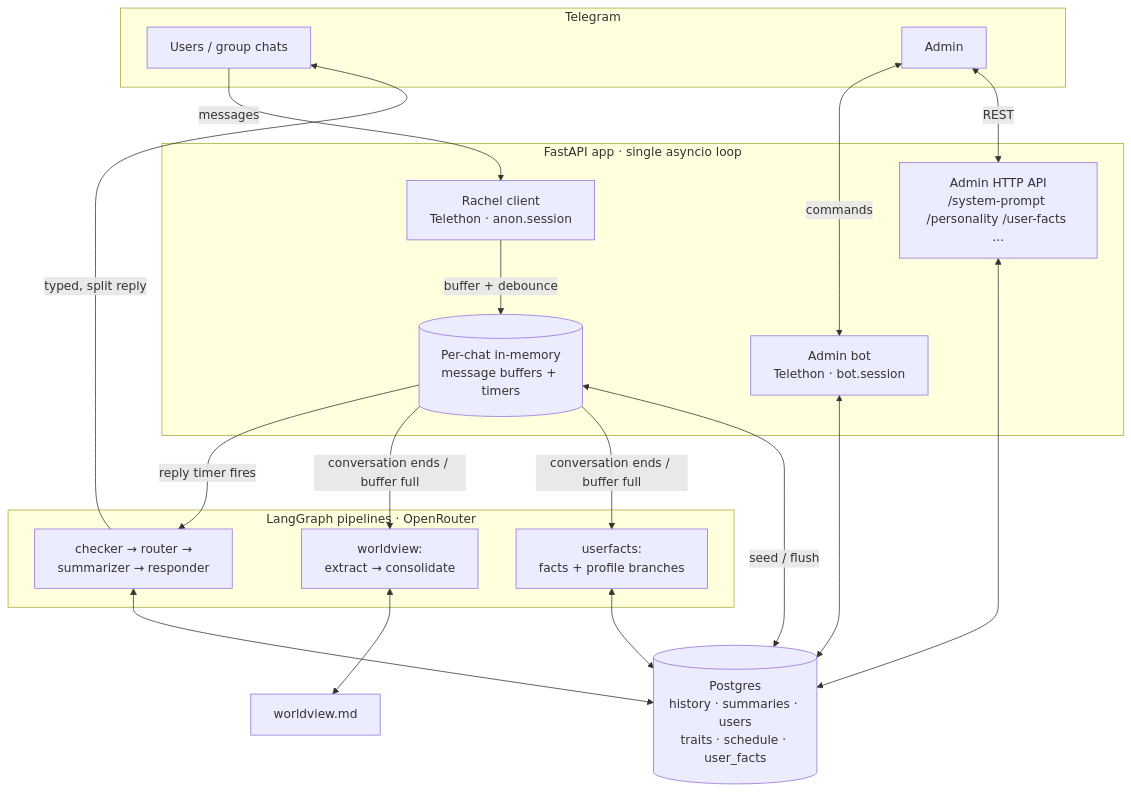
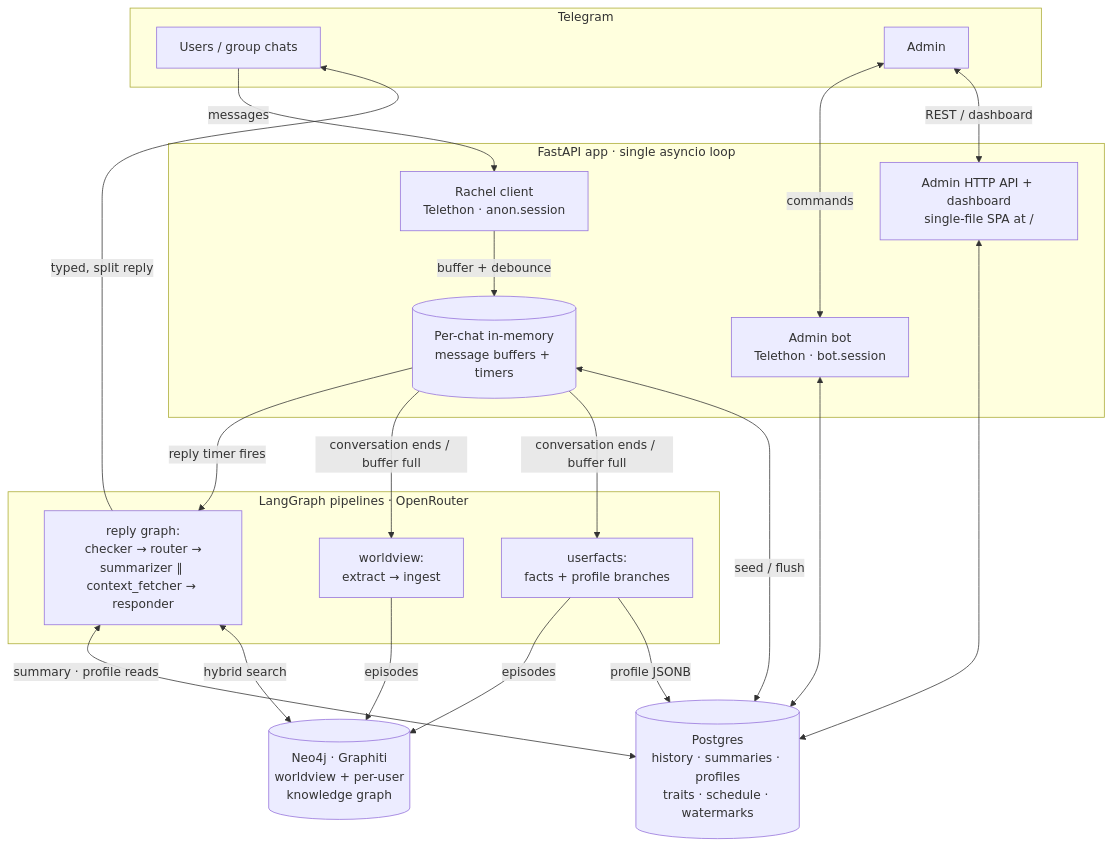
One commit to GeneralR3d/Rachel changed the first of 2 diagrams in README.md. Above: the diagram before and after it, drawn with Mermaid. The commit also changed other lines of this file, not shown here.

````diff
--- a/README.md
+++ b/README.md
@@ -47,38 +57,40 @@
 ```mermaid
 flowchart TB
     subgraph TG[Telegram]
         U[Users / group chats]
         A[Admin]
     end
 
     subgraph APP[FastAPI app · single asyncio loop]
         RC[Rachel client<br/>Telethon · anon.session]
         BOT[Admin bot<br/>Telethon · bot.session]
-        API[Admin HTTP API<br/>/system-prompt /personality /user-facts ...]
+        API[Admin HTTP API + dashboard<br/>single-file SPA at /]
         BUF[(Per-chat in-memory<br/>message buffers + timers)]
     end
 
     subgraph LLM[LangGraph pipelines · OpenRouter]
-        REPLY[checker → router →<br/>summarizer → responder]
-        WV[worldview:<br/>extract → consolidate]
+        REPLY[reply graph:<br/>checker → router →<br/>summarizer ∥ context_fetcher → responder]
+        WV[worldview:<br/>extract → ingest]
         UF[userfacts:<br/>facts + profile branches]
     end
 
-    DB[(Postgres<br/>history · summaries · users<br/>traits · schedule · user_facts)]
-    MD[worldview.md]
+    DB[(Postgres<br/>history · summaries · profiles<br/>traits · schedule · watermarks)]
+    KG[(Neo4j · Graphiti<br/>worldview + per-user<br/>knowledge graph)]
 
     U -->|messages| RC
     RC -->|buffer + debounce| BUF
     BUF -->|reply timer fires| REPLY
     REPLY -->|typed, split reply| U
     BUF -->|conversation ends / buffer full| WV
     BUF -->|conversation ends / buffer full| UF
-    REPLY <--> DB
-    WV <--> MD
-    UF <--> DB
+    REPLY <-->|summary · profile reads| DB
+    REPLY <-->|hybrid search| KG
+    WV -->|episodes| KG
+    UF -->|episodes| KG
+    UF -->|profile JSONB| DB
     BUF <-->|seed / flush| DB
     A <-->|commands| BOT
-    A <-->|REST| API
+    A <-->|REST / dashboard| API
     BOT <--> DB
     API <--> DB
 ```
````
